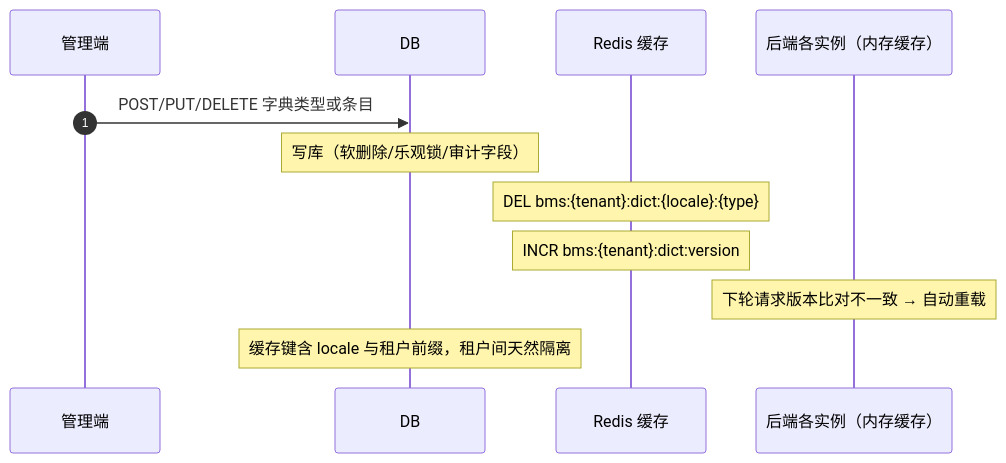
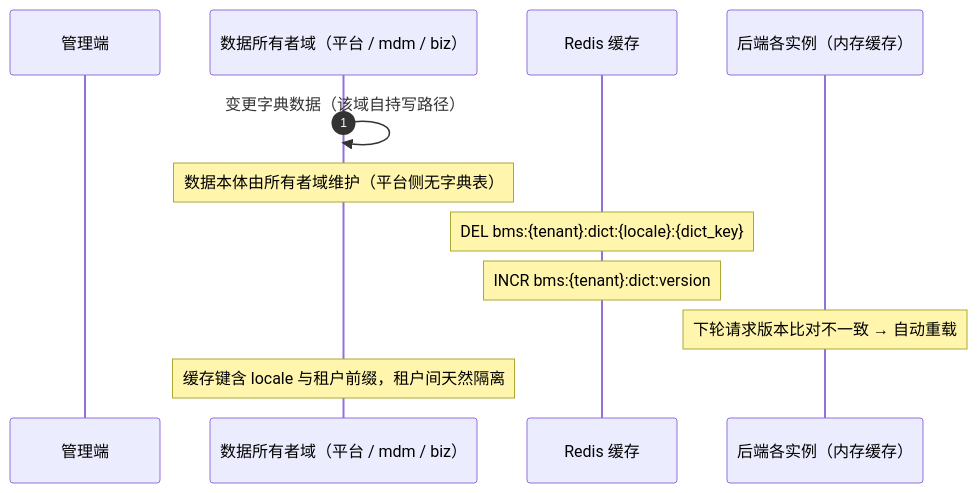
Before and after one commit to minjian123/basic-management-system: the second of 2 diagrams in bms文档/设计/概要设计/09_概要设计_字典管理.md, drawn with Mermaid. The commit also changed other lines of this file and 14 other files, not shown here.

Commit message:
docs(设计): 02_09 字典口径全层收口——概设09/06/29、组件设计（字典字段/状态标签/枚举/选项源/多语言）、布局14、方言MySQL、术语统一 dict_key

````diff
--- a/bms文档/设计/概要设计/09_概要设计_字典管理.md
+++ b/bms文档/设计/概要设计/09_概要设计_字典管理.md
@@ -82,15 +81,15 @@
 ```mermaid
 sequenceDiagram
     autonumber
     participant 管理端
-    participant DB
+    participant 数据域 as 数据所有者域（平台 / mdm / biz）
     participant Redis 缓存
     participant 各实例 as 后端各实例（内存缓存）
 
-    管理端->>DB: POST/PUT/DELETE 字典类型或条目
-    Note over DB: 写库（软删除/乐观锁/审计字段）
-    Note over Redis 缓存: DEL bms:{tenant}:dict:{locale}:{type}
+    数据域->>数据域: 变更字典数据（该域自持写路径）
+    Note over 数据域: 数据本体由所有者域维护（平台侧无字典表）
+    Note over Redis 缓存: DEL bms:{tenant}:dict:{locale}:{dict_key}
     Note over Redis 缓存: INCR bms:{tenant}:dict:version
     Note over 各实例: 下轮请求版本比对不一致 → 自动重载
-    Note over DB: 缓存键含 locale 与租户前缀，租户间天然隔离
+    Note over 数据域: 缓存键含 locale 与租户前缀，租户间天然隔离
 ```
````
